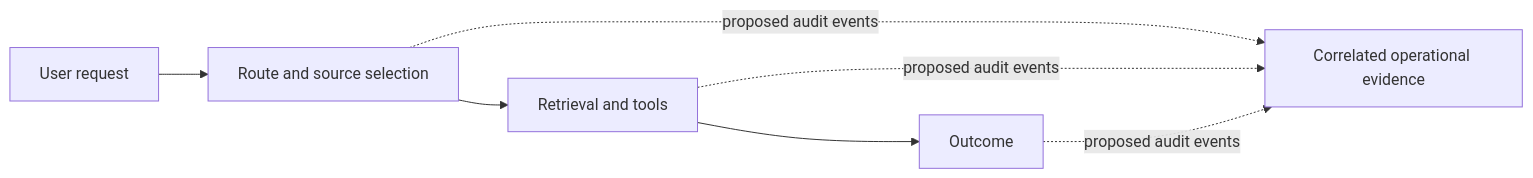
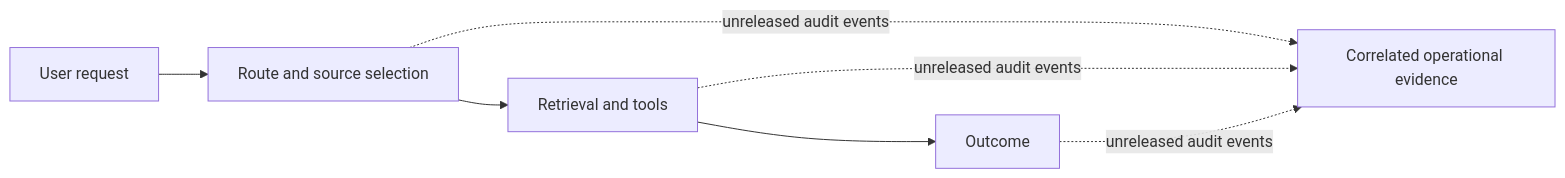
Before and after one commit to Azure/GPT-RAG: the diagram in docs/governance_overview.md, drawn with Mermaid. The commit also changed other lines of this file and 4 other files, not shown here.

````diff
--- a/docs/governance_overview.md
+++ b/docs/governance_overview.md
@@ -35,9 +34,9 @@
 ```mermaid
 flowchart LR
   Request[User request] --> Route[Route and source selection]
   Route --> Tools[Retrieval and tools]
   Tools --> Outcome[Outcome]
-  Route -. proposed audit events .-> Evidence[Correlated operational evidence]
-  Tools -. proposed audit events .-> Evidence
-  Outcome -. proposed audit events .-> Evidence
+  Route -. unreleased audit events .-> Evidence[Correlated operational evidence]
+  Tools -. unreleased audit events .-> Evidence
+  Outcome -. unreleased audit events .-> Evidence
 ```
````
